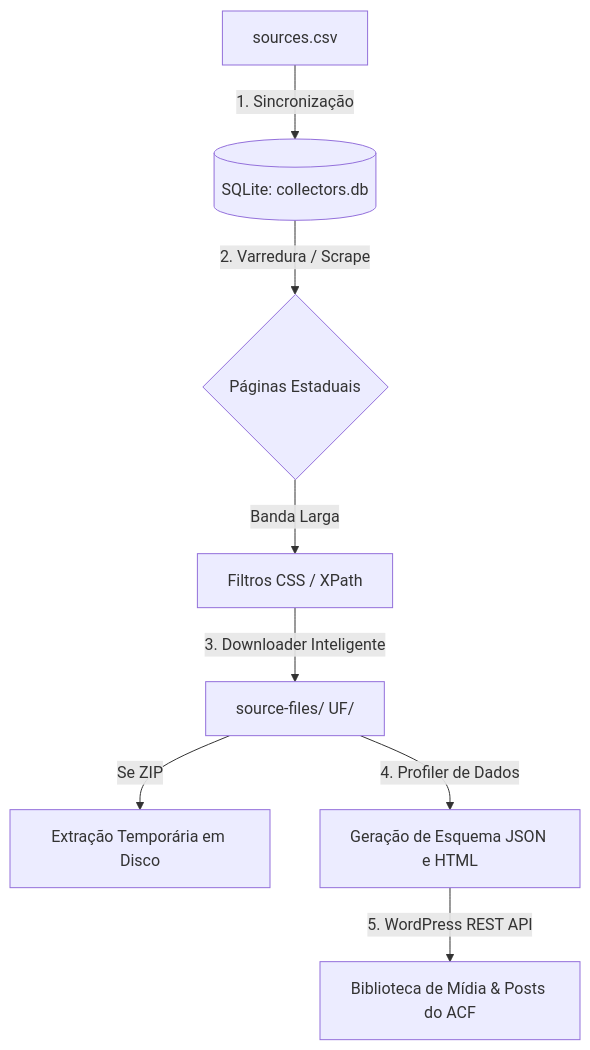
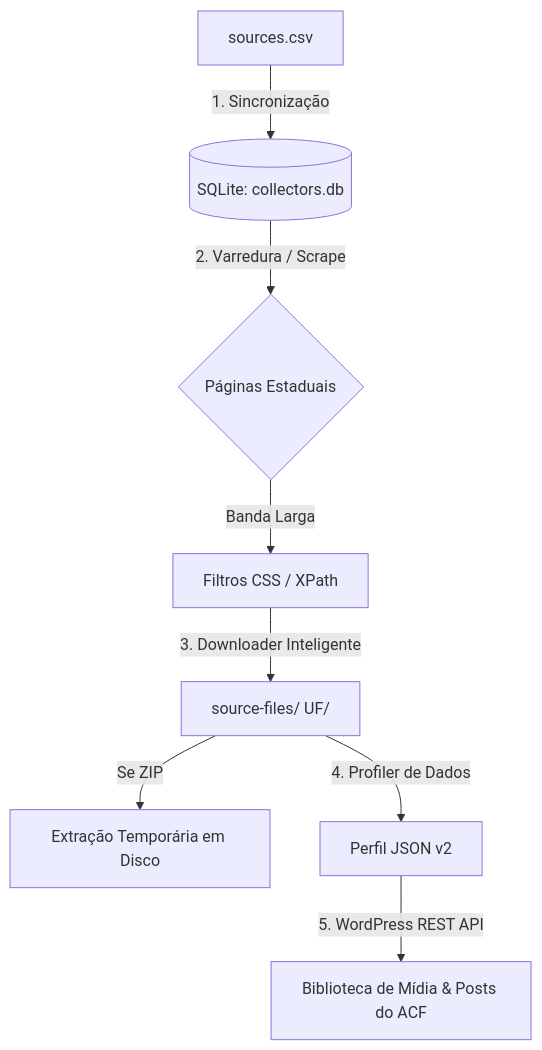
Before and after one commit to observadados/observadados-etl: the diagram in README.md, drawn with Mermaid. The commit also changed other lines of this file and 3 other files, not shown here.

````diff
--- a/README.md
+++ b/README.md
@@ -11,10 +11,10 @@
 ```mermaid
 graph TD
     A[sources.csv] -->|1. Sincronização| B[(SQLite: collectors.db)]
     B -->|2. Varredura / Scrape| C{Páginas Estaduais}
     C -->|Banda Larga| D[Filtros CSS / XPath]
     D -->|3. Downloader Inteligente| E[source-files/ UF/]
     E -->|Se ZIP| F[Extração Temporária em Disco]
-    E -->|4. Profiler de Dados| G[Geração de Esquema JSON e HTML]
+    E -->|4. Profiler de Dados| G[Perfil JSON v2]
     G -->|5. WordPress REST API| H[Biblioteca de Mídia & Posts do ACF]
 ```
````
